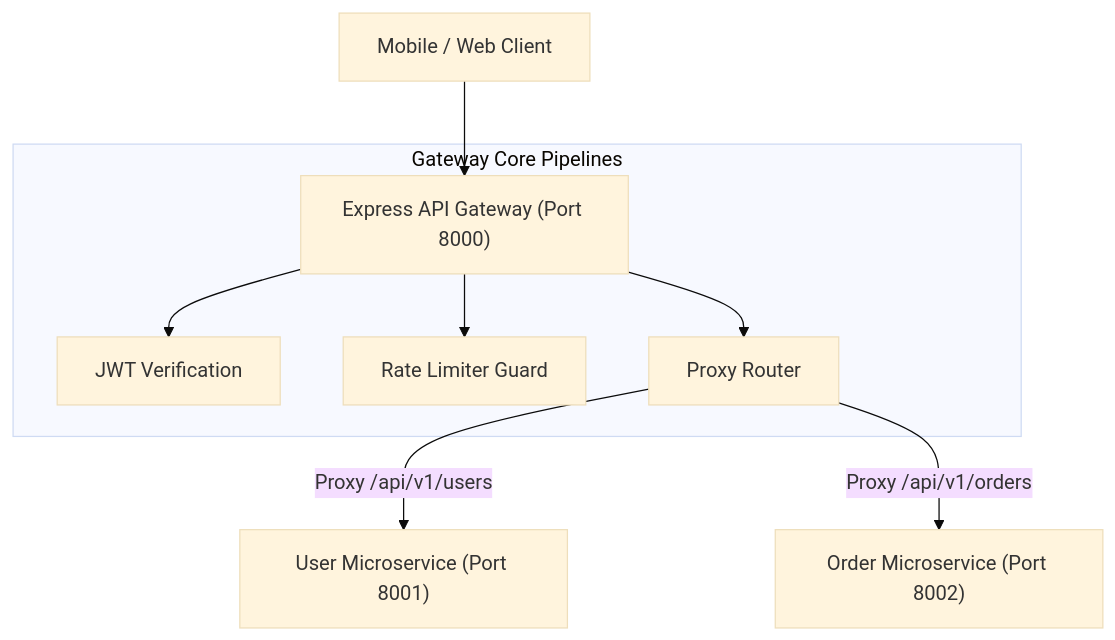
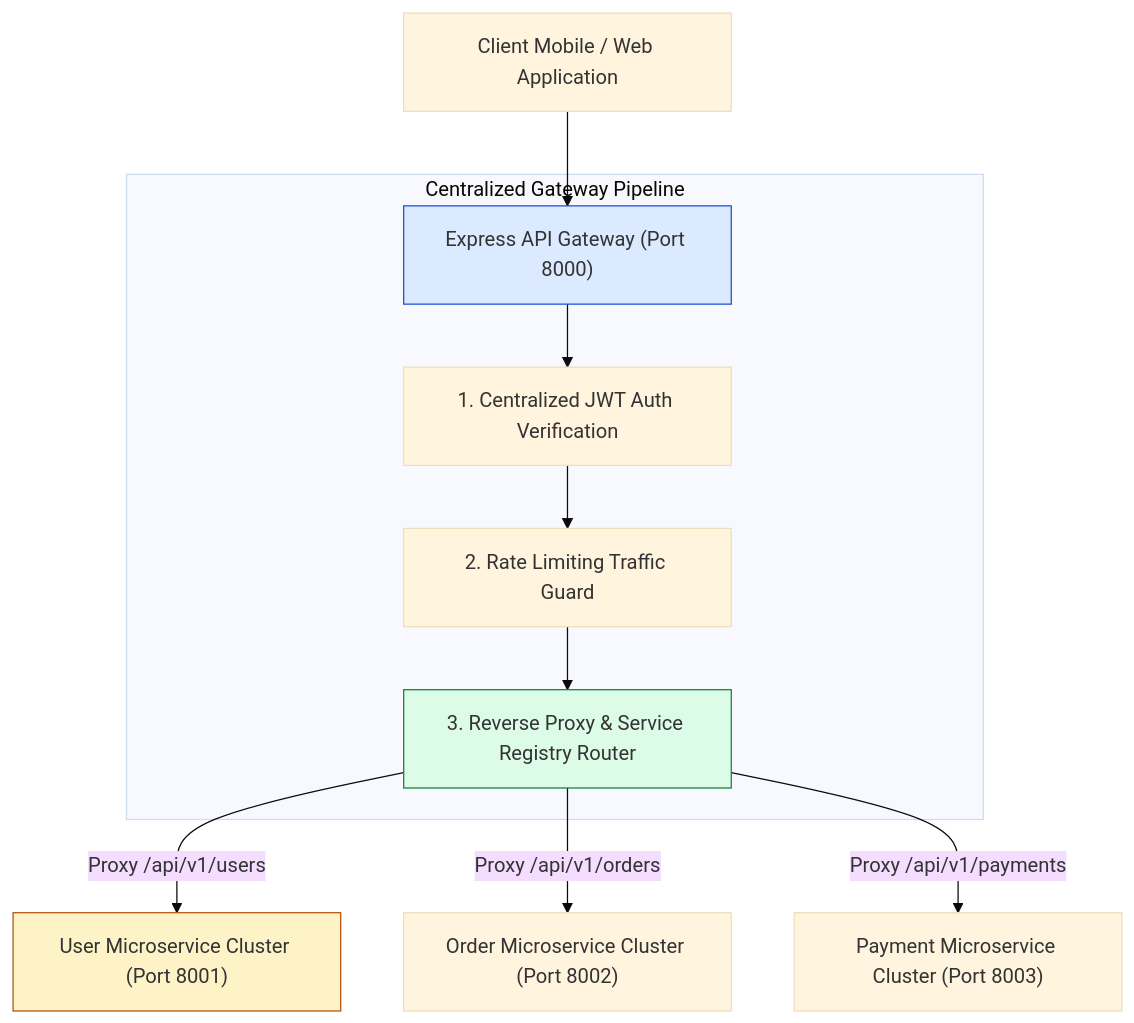
The first of 3 diagrams in express-notes/27-project-api-gateway.md (Amie-dev/engineering-playbook), drawn with Mermaid (base theme) before and after one commit. The commit also changed other lines of this file and 26 other files, not shown here.

````diff
--- a/express-notes/27-project-api-gateway.md
+++ b/express-notes/27-project-api-gateway.md
@@ -10,13 +13,18 @@
 ```mermaid
 flowchart TD
-    Client[Mobile / Web Client] --> Gateway["Express API Gateway (Port 8000)"]
-    
-    subgraph Gateway Core Pipelines
-        Gateway --> Auth[JWT Verification]
-        Gateway --> RateLimit[Rate Limiter Guard]
-        Gateway --> Router[Proxy Router]
+    Client[Client Mobile / Web Application] --> Gateway["Express API Gateway (Port 8000)"]
+
+    subgraph Centralized Gateway Pipeline
+        Gateway --> AuthGuard["1. Centralized JWT Auth Verification"]
+        AuthGuard --> RateGuard["2. Rate Limiting Traffic Guard"]
+        RateGuard --> ProxyRouter["3. Reverse Proxy & Service Registry Router"]
     end
 
-    Router -->|Proxy /api/v1/users| UserService["User Microservice (Port 8001)"]
-    Router -->|Proxy /api/v1/orders| OrderService["Order Microservice (Port 8002)"]
+    ProxyRouter -->|Proxy /api/v1/users| UserService["User Microservice Cluster (Port 8001)"]
+    ProxyRouter -->|Proxy /api/v1/orders| OrderService["Order Microservice Cluster (Port 8002)"]
+    ProxyRouter -->|Proxy /api/v1/payments| PaymentService["Payment Microservice Cluster (Port 8003)"]
+
+    style Gateway fill:#dbeafe,stroke:#1d4ed8
+    style ProxyRouter fill:#dcfce7,stroke:#15803d
+    style UserService fill:#fef3c7,stroke:#b45309
 ```
````
